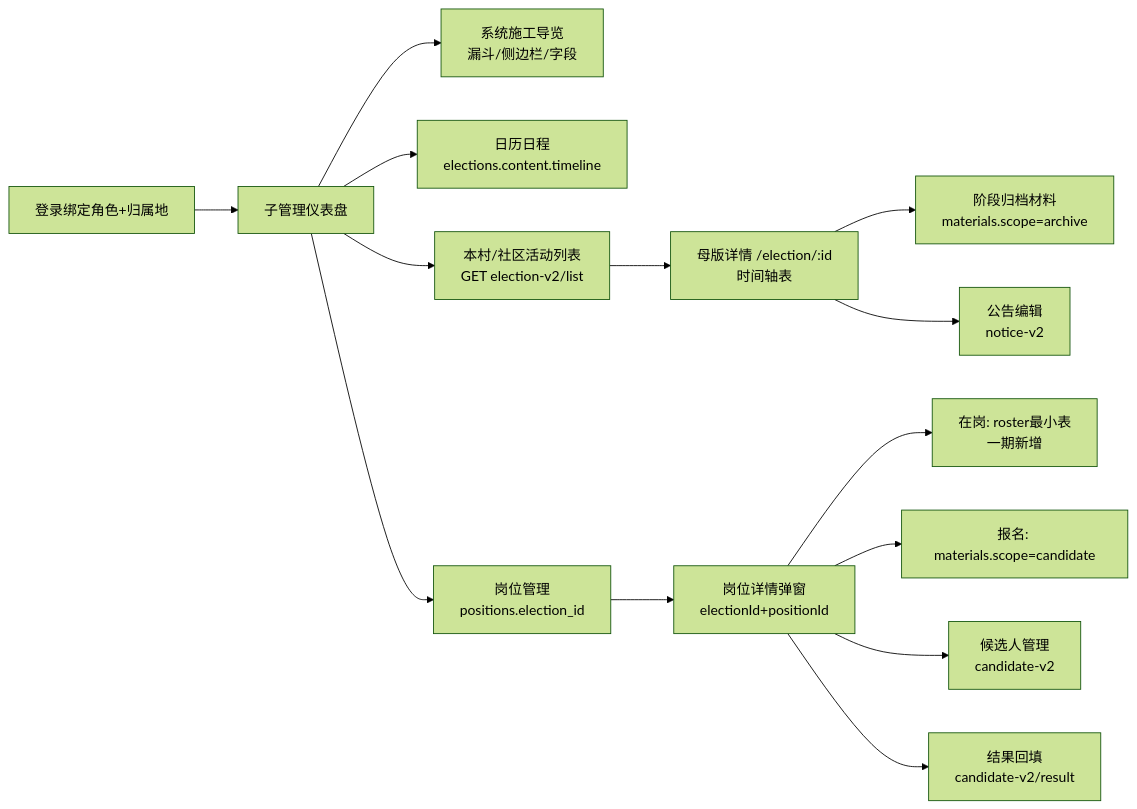
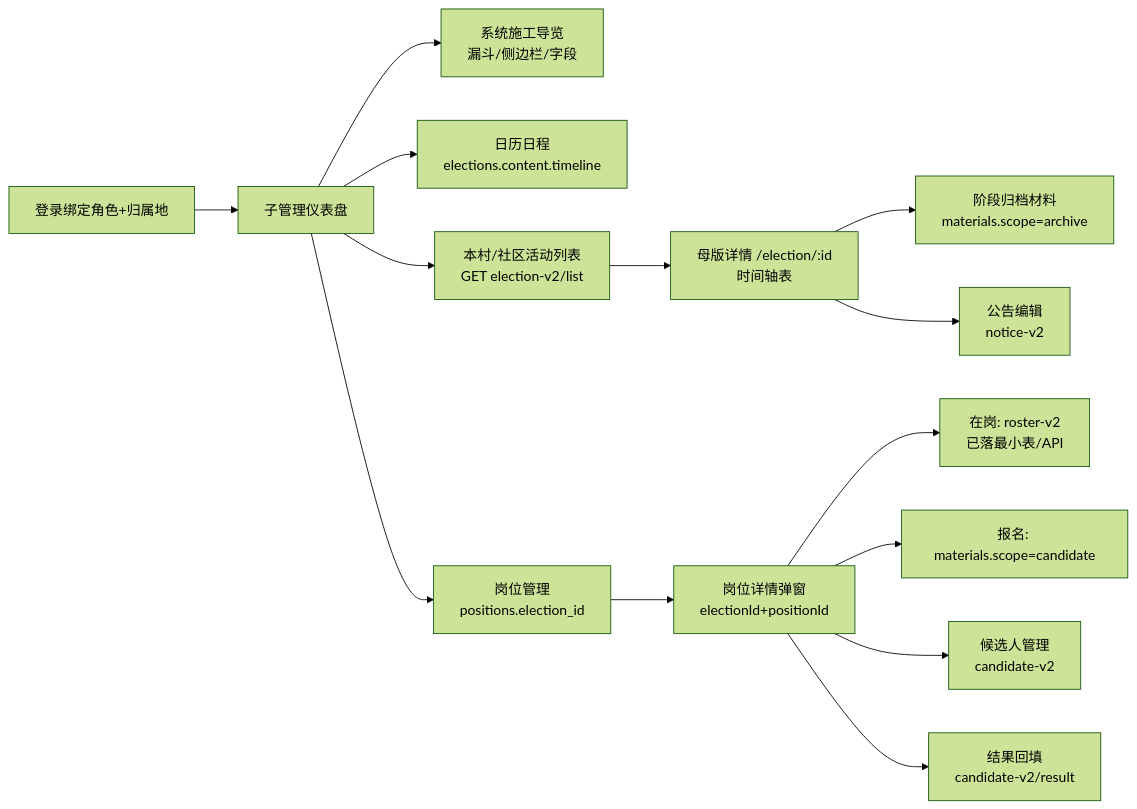
One commit to 4xiaxia/election-v2 changed the seventh of 7 diagrams in 副船长的航海接力日志/当前接力图.md. Above: the diagram before and after it, drawn with Mermaid (forest theme). The commit also changed other lines of this file and 11 other files, not shown here.

````diff
--- a/副船长的航海接力日志/当前接力图.md
+++ b/副船长的航海接力日志/当前接力图.md
@@ -94,16 +96,16 @@
 ```mermaid
 flowchart LR
     Login[登录绑定角色+归属地] --> Dash[子管理仪表盘]
     Dash --> Guide[系统施工导览<br/>漏斗/侧边栏/字段]
     Dash --> Calendar[日历日程<br/>elections.content.timeline]
     Dash --> Activity[本村/社区活动列表<br/>GET election-v2/list]
     Activity --> Mother[母版详情 /election/:id<br/>时间轴表]
     Mother --> Archive[阶段归档材料<br/>materials.scope=archive]
     Mother --> Notices[公告编辑<br/>notice-v2]
     Dash --> Positions[岗位管理<br/>positions.election_id]
     Positions --> JobModal[岗位详情弹窗<br/>electionId+positionId]
-    JobModal --> Roster[在岗: roster最小表<br/>一期新增]
+    JobModal --> Roster[在岗: roster-v2<br/>已落最小表/API]
     JobModal --> Materials[报名: materials.scope=candidate]
     JobModal --> Candidates[候选人管理<br/>candidate-v2]
     JobModal --> Result[结果回填<br/>candidate-v2/result]
 ```
````
